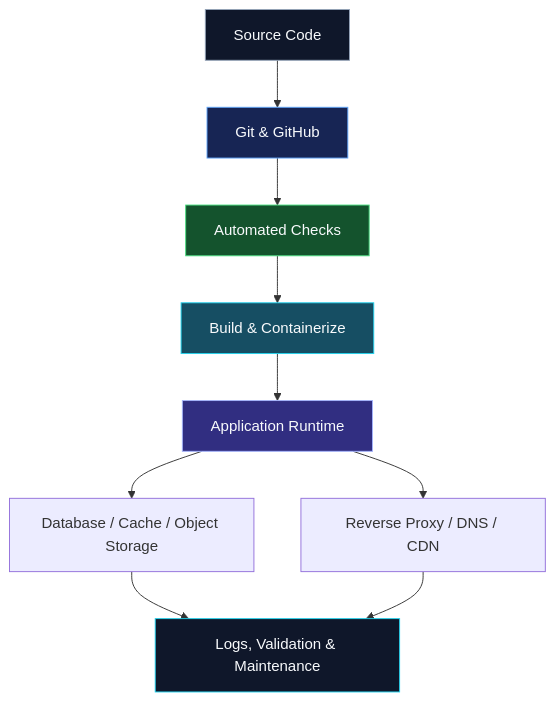
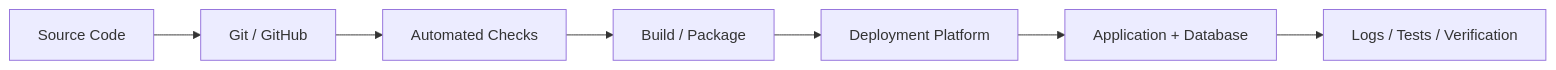
One commit to Aravindan-001/Aravindan-001 changed the third of 3 diagrams in README.md. Above: the diagram before and after it, drawn with Mermaid. The commit also changed other lines of this file, not shown here.

````diff
--- a/README.md
+++ b/README.md
@@ -406,18 +474,9 @@
 ```mermaid
-flowchart TB
-    A["Source Code"] --> B["Git & GitHub"]
-    B --> C["Automated Checks"]
-    C --> D["Build & Containerize"]
-    D --> E["Application Runtime"]
-    E --> F["Database / Cache / Object Storage"]
-    E --> G["Reverse Proxy / DNS / CDN"]
-    F --> H["Logs, Validation & Maintenance"]
-    G --> H
-
-    style A fill:#0F172A,color:#F8FAFC,stroke:#94A3B8
-    style B fill:#172554,color:#F8FAFC,stroke:#60A5FA
-    style C fill:#14532D,color:#F8FAFC,stroke:#4ADE80
-    style D fill:#164E63,color:#F8FAFC,stroke:#22D3EE
-    style E fill:#312E81,color:#F8FAFC,stroke:#A5B4FC
-    style H fill:#0F172A,color:#F8FAFC,stroke:#22D3EE
+flowchart LR
+    A[Source Code] --> B[Git / GitHub]
+    B --> C[Automated Checks]
+    C --> D[Build / Package]
+    D --> E[Deployment Platform]
+    E --> F[Application + Database]
+    F --> G[Logs / Tests / Verification]
 ```
````
